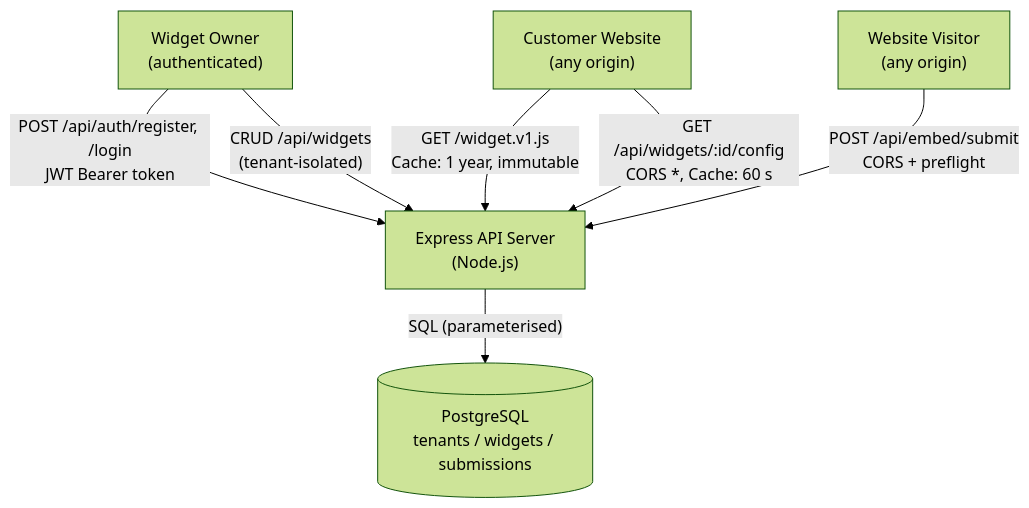
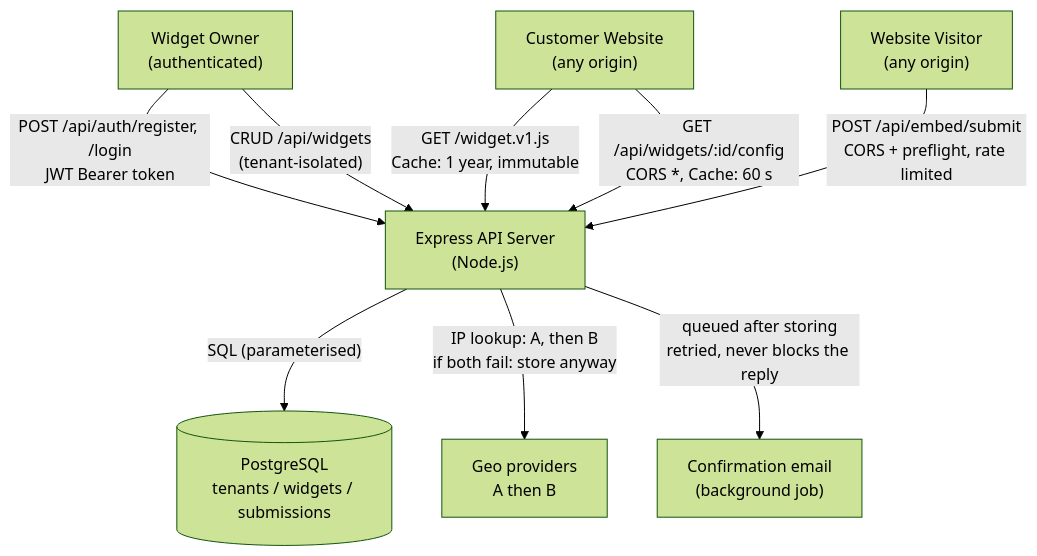
The diagram in README.md (ernestmwangombe/flyrank-capstone-widget-platform), drawn with Mermaid (forest theme) before and after one commit. The commit also changed other lines of this file and 2 other files, not shown here.

````diff
--- a/README.md
+++ b/README.md
@@ -28,15 +28,19 @@
 ```mermaid
 flowchart TD
     Owner["Widget Owner<br/>(authenticated)"]
     Site["Customer Website<br/>(any origin)"]
     Visitor["Website Visitor<br/>(any origin)"]
     API["Express API Server<br/>(Node.js)"]
     DB[("PostgreSQL<br/>tenants / widgets / submissions")]
+    Geo["Geo providers<br/>A then B"]
+    Mail["Confirmation email<br/>(background job)"]
 
     Owner -- "POST /api/auth/register, /login<br/>JWT Bearer token" --> API
     Owner -- "CRUD /api/widgets<br/>(tenant-isolated)" --> API
     Site -- "GET /widget.v1.js<br/>Cache: 1 year, immutable" --> API
     Site -- "GET /api/widgets/:id/config<br/>CORS *, Cache: 60 s" --> API
-    Visitor -- "POST /api/embed/submit<br/>CORS + preflight" --> API
+    Visitor -- "POST /api/embed/submit<br/>CORS + preflight, rate limited" --> API
     API -- "SQL (parameterised)" --> DB
+    API -- "IP lookup: A, then B<br/>if both fail: store anyway" --> Geo
+    API -- "queued after storing<br/>retried, never blocks the reply" --> Mail
 ```
````
